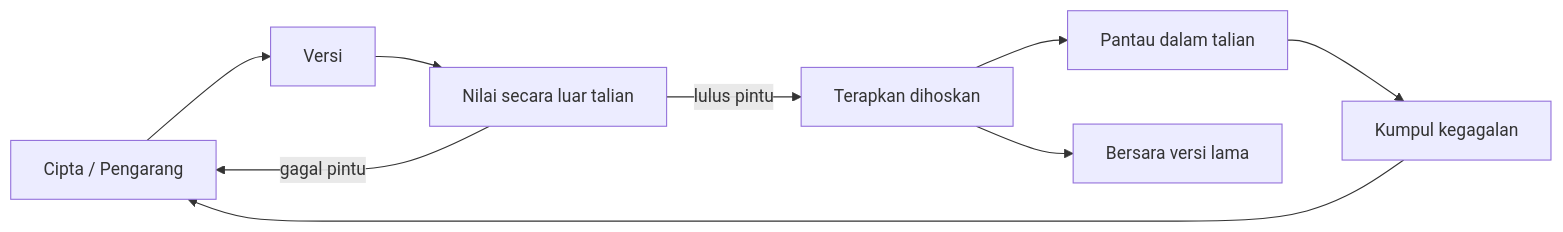
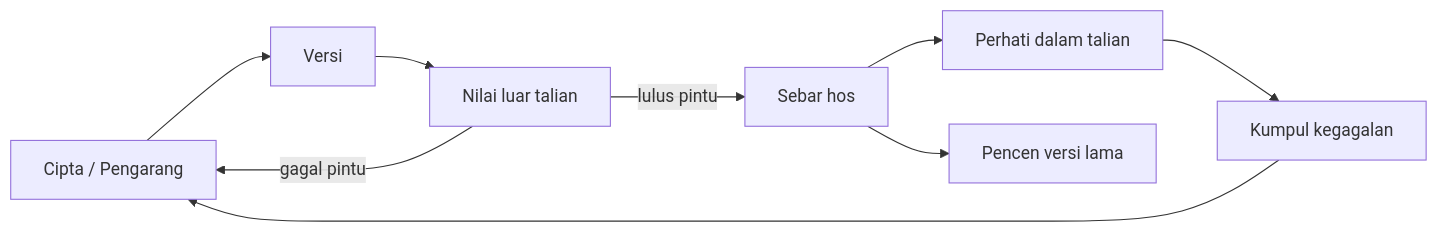
The second of 4 diagrams in mirrors/repos/microsoft@ai-agents-for-beginners/translations/ms/16-deploying-scalable-agents/README.md (gabrielmoreira/agent-skills-mirror), drawn with Mermaid before and after one commit. The commit also changed other lines of this file and 4262 other files, not shown here.

````diff
--- a/mirrors/repos/microsoft@ai-agents-for-beginners/translations/ms/16-deploying-scalable-agents/README.md
+++ b/mirrors/repos/microsoft@ai-agents-for-beginners/translations/ms/16-deploying-scalable-agents/README.md
@@ -108,11 +108,11 @@
 ```mermaid
 flowchart LR
     Create[Cipta / Pengarang] --> Version[Versi]
-    Version --> Evaluate[Nilai secara luar talian]
-    Evaluate -->|lulus pintu| Deploy[Terapkan dihoskan]
+    Version --> Evaluate[Nilai luar talian]
+    Evaluate -->|lulus pintu| Deploy[Sebar hos]
     Evaluate -->|gagal pintu| Create
-    Deploy --> Observe[Pantau dalam talian]
+    Deploy --> Observe[Perhati dalam talian]
     Observe --> Improve[Kumpul kegagalan]
     Improve --> Create
-    Deploy --> Retire[Bersara versi lama]
+    Deploy --> Retire[Pencen versi lama]
 ```
````
